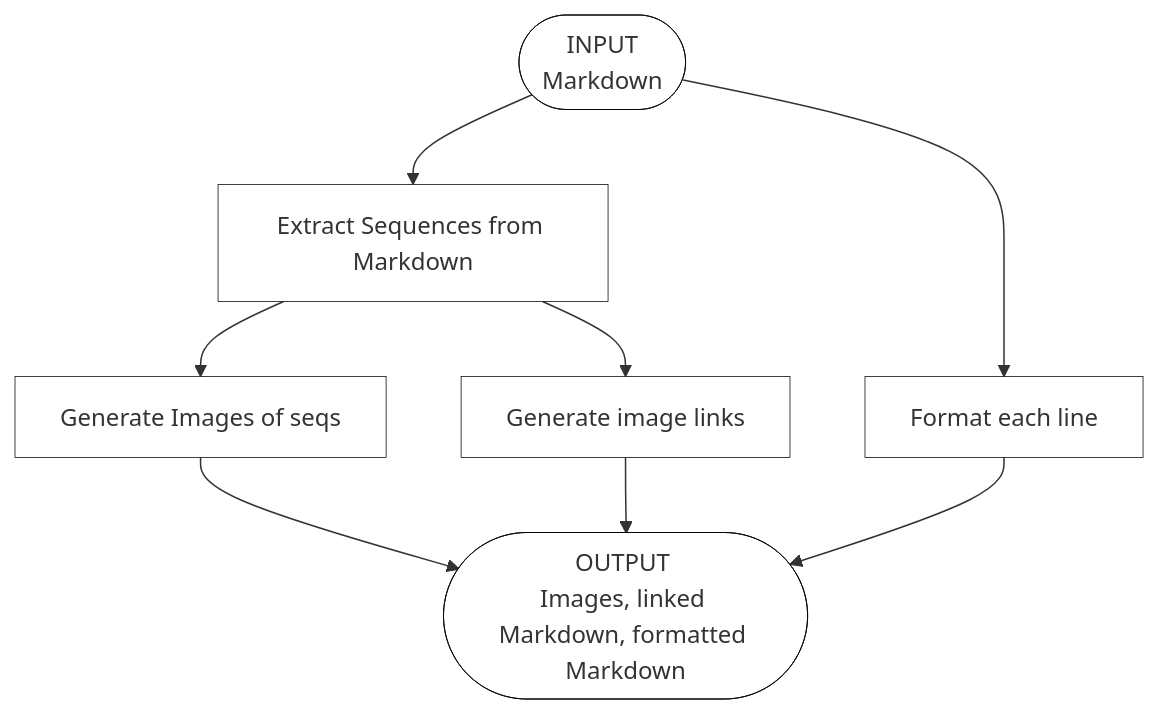
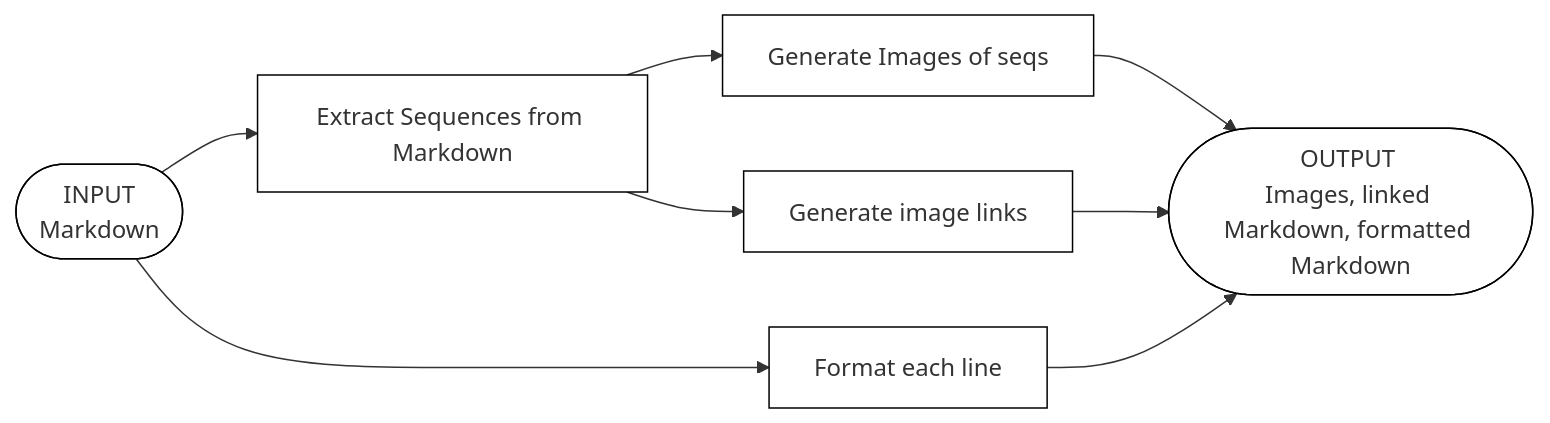
One commit to nrichards/mdpicgen changed the diagram in README.md. Above: the diagram before and after it, drawn with Mermaid.

Commit message:
Flatter mini-flow

````diff
--- a/README.md
+++ b/README.md
@@ -128,18 +128,22 @@
 ```mermaid
-flowchart TD
+flowchart LR
     A([INPUT \nMarkdown])
     A1[Extract Sequences from Markdown]
+
     A2[Generate Images of seqs]
     A3[Generate image links]
     A4[Format each line]
+    
     O1([OUTPUT \nImages, linked Markdown, formatted Markdown])
 
     A --> A1
+    
     A1 --> A2
     A1 --> A3
     A --> A4
+    
     A2 --> O1
     A3 --> O1
     A4 --> O1
-    classDef default fill:#fff,stroke:#000,stroke-width:0.5px,font-size:12pt;
+    classDef default fill:#fff,stroke:#000,font-size:12pt;
 ```
````
